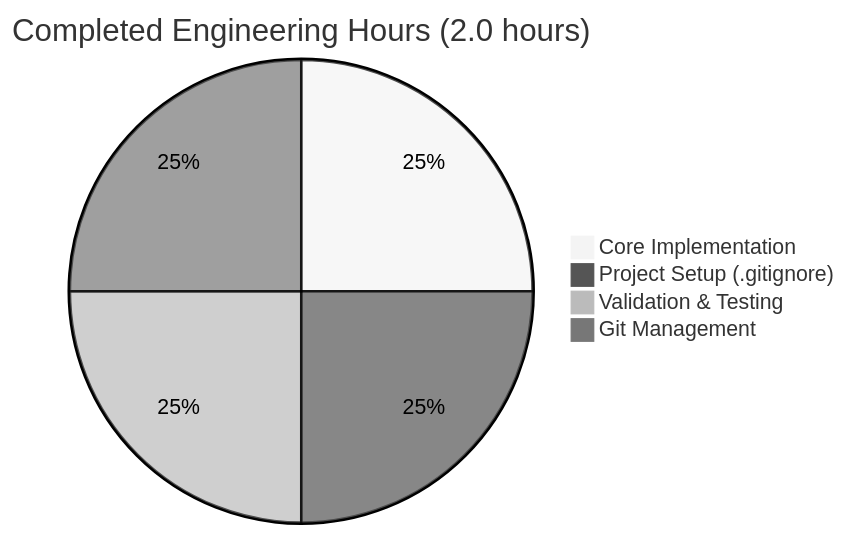
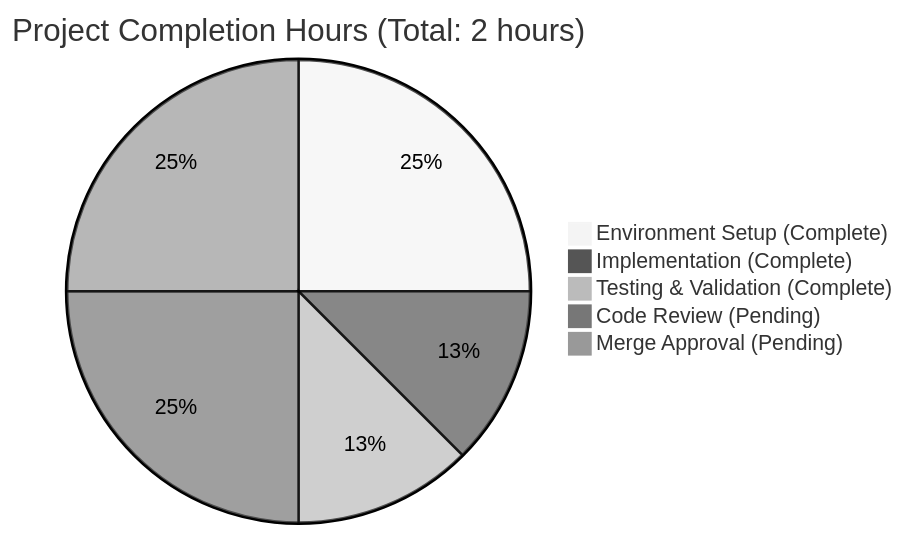
One commit to prasad-blitzy/quick-repo-4 changed the first of 2 diagrams in blitzy/documentation/Project Guide.md. Above: the diagram before and after it, drawn with Mermaid (neutral theme). The commit also changed other lines of this file, not shown here.

Commit message:
Adding Blitzy Project Guide: Project Status and Human Tasks Remaining

````diff
--- a/blitzy/documentation/Project Guide.md
+++ b/blitzy/documentation/Project Guide.md
@@ -70,7 +72,8 @@
 ```mermaid
-pie title Completed Engineering Hours (2.0 hours)
-    "Core Implementation" : 0.5
-    "Project Setup (.gitignore)" : 0.5
-    "Validation & Testing" : 0.5
-    "Git Management" : 0.5
+pie title Project Completion Hours (Total: 2 hours)
+    "Environment Setup (Complete)" : 0.5
+    "Implementation (Complete)" : 0.25
+    "Testing & Validation (Complete)" : 0.25
+    "Code Review (Pending)" : 0.5
+    "Merge Approval (Pending)" : 0.5
 ```
````
